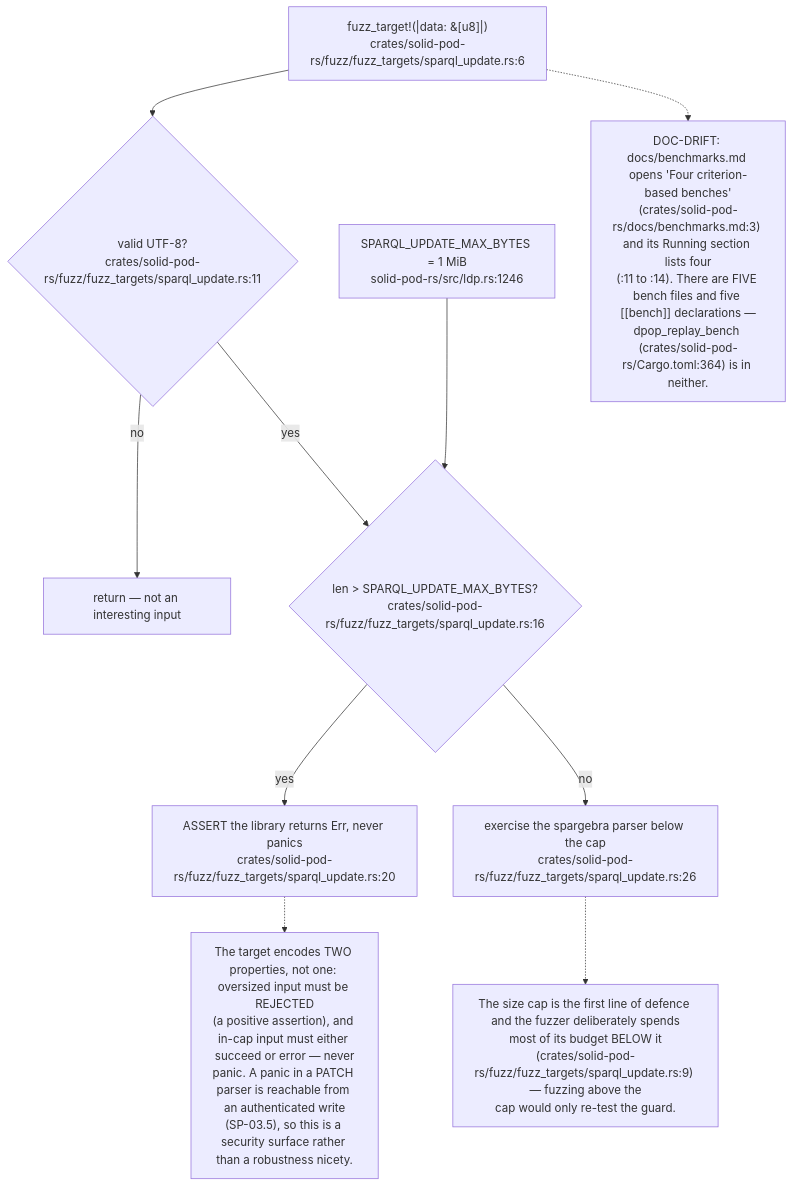
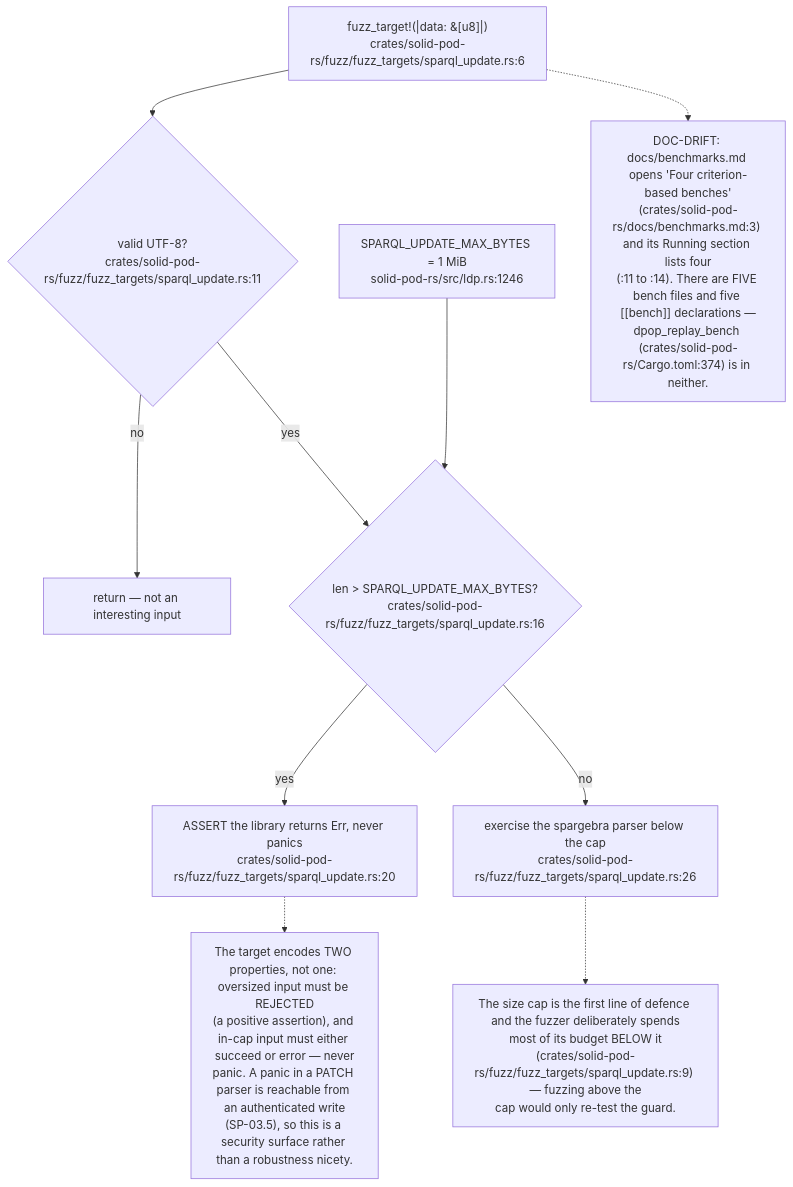
Before and after one commit to DreamLab-AI/VisionFlow: the ninth of 9 diagrams in docs/diagrams/solid-pod-rs/09-ci-release-and-consumer-pins.md, drawn with Mermaid. The commit also changed other lines of this file and 31 other files, not shown here.

````diff
--- a/docs/diagrams/solid-pod-rs/09-ci-release-and-consumer-pins.md
+++ b/docs/diagrams/solid-pod-rs/09-ci-release-and-consumer-pins.md
@@ -268,24 +274,24 @@
 ```mermaid
 flowchart TD
     IN["fuzz_target!(|data: &[u8]|)<br/>crates/solid-pod-rs/fuzz/fuzz_targets/sparql_update.rs:6"]
     UTF{"valid UTF-8?<br/>crates/solid-pod-rs/fuzz/fuzz_targets/sparql_update.rs:11"}
     SKIP["return — not an interesting input"]
     CAP{"len > SPARQL_UPDATE_MAX_BYTES?<br/>crates/solid-pod-rs/fuzz/fuzz_targets/sparql_update.rs:16"}
     ASSERT["ASSERT the library returns Err, never panics<br/>crates/solid-pod-rs/fuzz/fuzz_targets/sparql_update.rs:20"]
     PARSE["exercise the spargebra parser below the cap<br/>crates/solid-pod-rs/fuzz/fuzz_targets/sparql_update.rs:26"]
     LIM["SPARQL_UPDATE_MAX_BYTES = 1 MiB<br/>solid-pod-rs/src/ldp.rs:1246"]
 
     IN --> UTF
     UTF -- no --> SKIP
     UTF -- yes --> CAP
     CAP -- yes --> ASSERT
     CAP -- no --> PARSE
     LIM --> CAP
 
     N["The target encodes TWO properties, not one: oversized input must be REJECTED<br/>(a positive assertion), and in-cap input must either succeed or error — never<br/>panic. A panic in a PATCH parser is reachable from an authenticated write<br/>(SP-03.5), so this is a security surface rather than a robustness nicety."]
     ASSERT -.-> N
     N2["The size cap is the first line of defence and the fuzzer deliberately spends<br/>most of its budget BELOW it<br/>(crates/solid-pod-rs/fuzz/fuzz_targets/sparql_update.rs:9) — fuzzing above the<br/>cap would only re-test the guard."]
     PARSE -.-> N2
-    N3["DOC-DRIFT: docs/benchmarks.md opens 'Four criterion-based benches'<br/>(crates/solid-pod-rs/docs/benchmarks.md:3) and its Running section lists four<br/>(:11 to :14). There are FIVE bench files and five [[bench]] declarations —<br/>dpop_replay_bench (crates/solid-pod-rs/Cargo.toml:364) is in neither."]
+    N3["DOC-DRIFT: docs/benchmarks.md opens 'Four criterion-based benches'<br/>(crates/solid-pod-rs/docs/benchmarks.md:3) and its Running section lists four<br/>(:11 to :14). There are FIVE bench files and five [[bench]] declarations —<br/>dpop_replay_bench (crates/solid-pod-rs/Cargo.toml:374) is in neither."]
     IN -.-> N3
 ```
````
